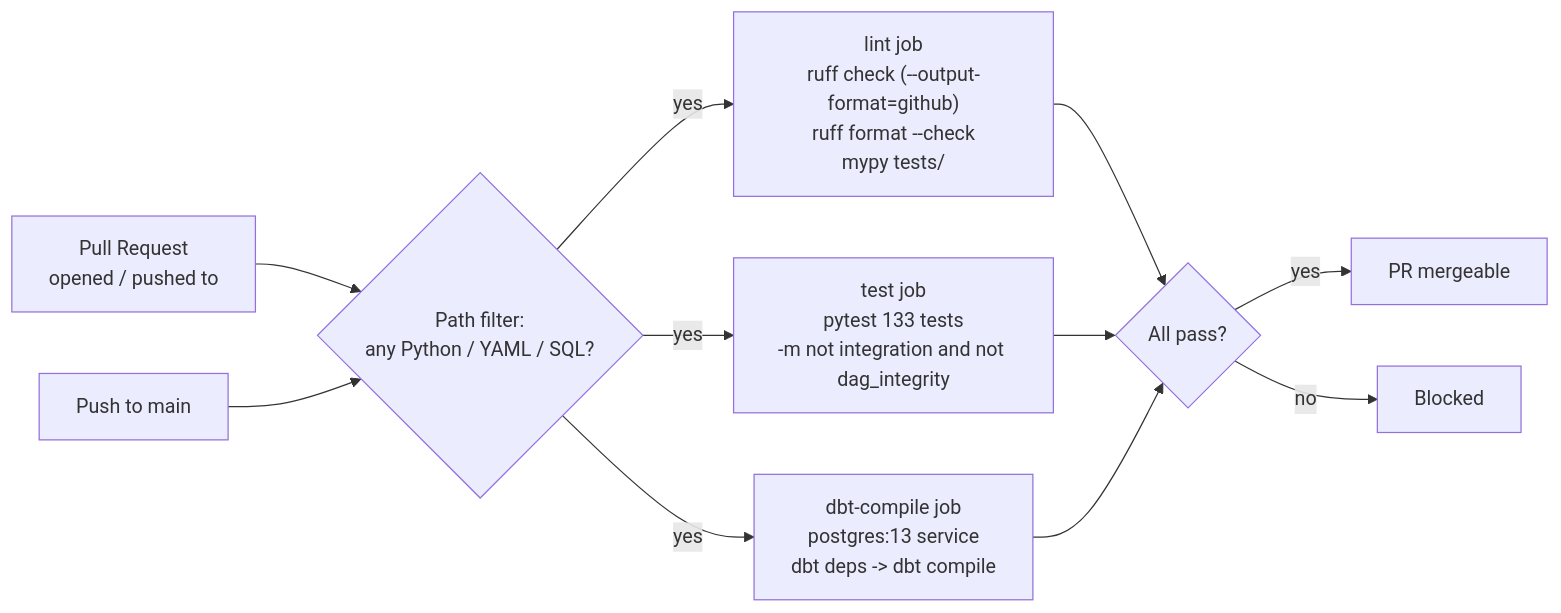
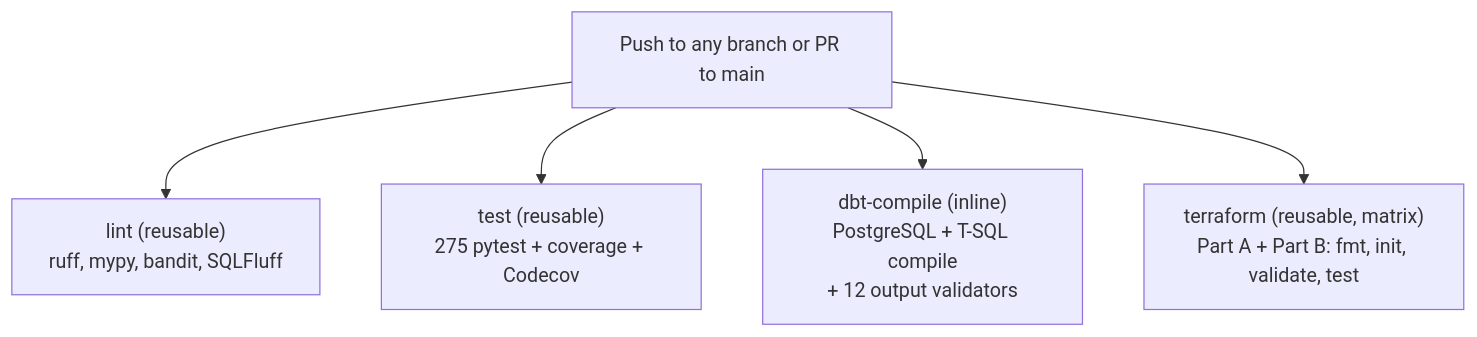
The second of 3 diagrams in README.md (AhmedIkram05/w3c-etl-pipeline), drawn with Mermaid before and after one commit. The commit also changed other lines of this file, not shown here.

Commit message:
Revise README for enhanced clarity: Update project overview to detail the serverless Databricks DLT architecture and Azure SQL integration. Improve badge visibility and add links for CI/CD and testing metrics, while restructuring the Table of Contents for better navigation.

````diff
--- a/README.md
+++ b/README.md
@@ -908,16 +470,7 @@
 ```mermaid
-flowchart LR
-    PR["Pull Request<br/>opened / pushed to"] --> Gate{"Path filter:<br/>any Python / YAML / SQL?"}
-    Push["Push to main"] --> Gate
-
-    Gate -->|"yes"| Lint["lint job<br/>ruff check (--output-format=github)<br/>ruff format --check<br/>mypy tests/"]
-    Gate -->|"yes"| Test["test job<br/>pytest 133 tests<br/>-m not integration and not dag_integrity"]
-    Gate -->|"yes"| Dbt["dbt-compile job<br/>postgres:13 service<br/>dbt deps -> dbt compile"]
-
-    Lint --> Result{"All pass?"}
-    Test --> Result
-    Dbt --> Result
-
-    Result -->|"yes"| Merge["PR mergeable"]
-    Result -->|"no"| Block["Blocked"]
+flowchart TD
+    ci["Push to any branch or PR to main"] --> lint["lint (reusable)<br/>ruff, mypy, bandit, SQLFluff"]
+    ci --> test["test (reusable)<br/>275 pytest + coverage + Codecov"]
+    ci --> dbtc["dbt-compile (inline)<br/>PostgreSQL + T-SQL compile<br/>+ 12 output validators"]
+    ci --> tf["terraform (reusable, matrix)<br/>Part A + Part B: fmt, init, validate, test"]
 ```
````
